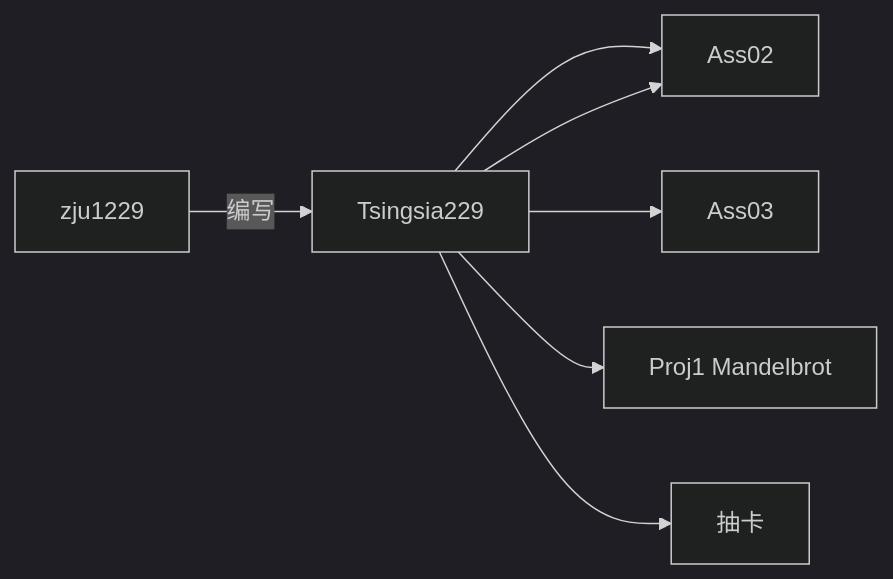
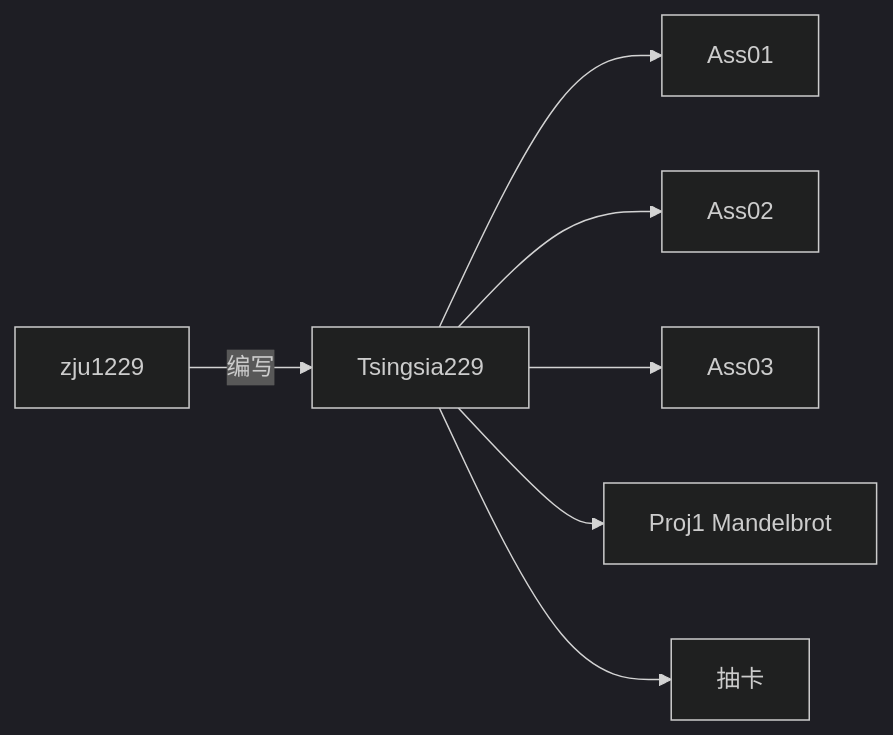
Before and after one commit to zju1229/Tsingsia229_OUTPUT: the third of 3 diagrams in README.md, drawn with Mermaid (dark theme).

````diff
--- a/README.md
+++ b/README.md
@@ -27,9 +27,9 @@
 ```mermaid
 graph LR
-  A[Tsingsia229] --> B[Ass01]
+  A[Tsingsia229] --> G[Ass01]
   A --> B[Ass02]
   A --> C[Ass03]
   A --> D[Proj1 Mandelbrot]
   E[zju1229] -->|编写| A
   A --> F[抽卡]
 ```
````
